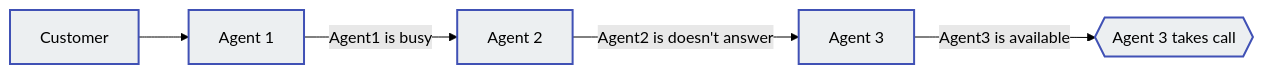
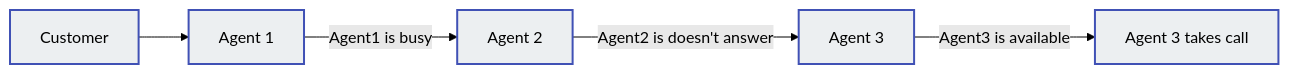
One commit to connexcs/docs changed the second of 3 diagrams in docs/class5/creating-group.md. Above: the diagram before and after it, drawn with Mermaid (forest theme).

Commit message:
Update creating-group.md
fix #2 and #3 flows

````diff
--- a/docs/class5/creating-group.md
+++ b/docs/class5/creating-group.md
@@ -30,12 +30,12 @@
 ```mermaid
 graph LR
 A[Customer] --> B[Agent 1]
 B -->|Agent1 is busy| C[Agent 2]
 C -->|Agent2 is doesn't answer| D[Agent 3]
-D -->|Agent3 is available| E{{Agent 3 takes call}}
+D -->|Agent3 is available| E[Agent 3 takes call]
 style A fill:#ECEFF1,stroke:#4051b5,stroke-width:2px
 style B fill:#ECEFF1,stroke:#4051b5,stroke-width:2px
 style C fill:#ECEFF1,stroke:#4051b5,stroke-width:2px
 style D fill:#ECEFF1,stroke:#4051b5,stroke-width:2px
 style E fill:#ECEFF1,stroke:#4051b5,stroke-width:2px
 ```
````
